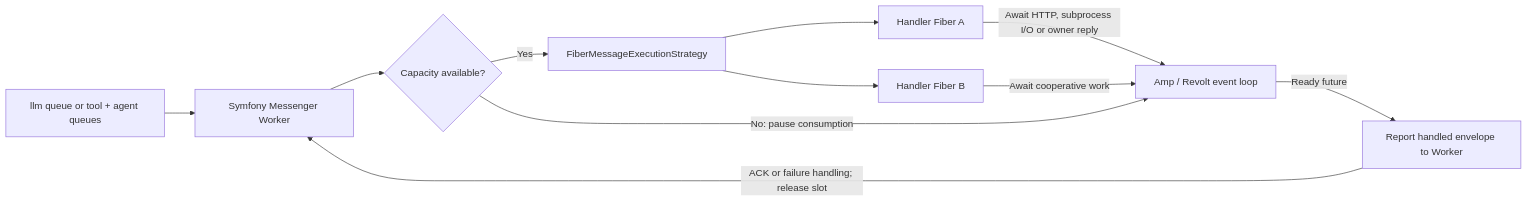
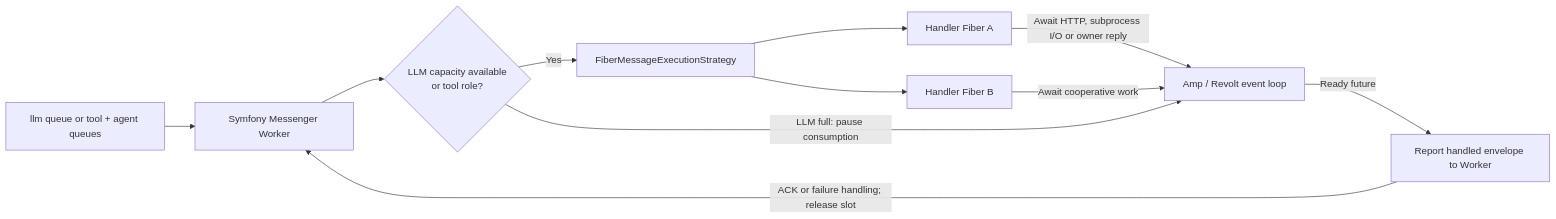
The third of 7 diagrams in architecture/processes-and-queues.md (ineersa/agent-core), drawn with Mermaid before and after one commit. The commit also changed other lines of this file and 11 other files, not shown here.

Commit message:
Remove shared tool worker admission cap

````diff
--- a/architecture/processes-and-queues.md
+++ b/architecture/processes-and-queues.md
@@ -113,13 +113,13 @@
 ```mermaid
 flowchart LR
     Queue["llm queue or tool + agent queues"] --> Worker[Symfony Messenger Worker]
-    Worker --> Capacity{Capacity available?}
+    Worker --> Capacity{LLM capacity available<br/>or tool role?}
     Capacity -->|Yes| Strategy[FiberMessageExecutionStrategy]
     Strategy --> A[Handler Fiber A]
     Strategy --> B[Handler Fiber B]
     A -->|Await HTTP, subprocess I/O or owner reply| Loop[Amp / Revolt event loop]
     B -->|Await cooperative work| Loop
-    Capacity -->|No: pause consumption| Loop
+    Capacity -->|LLM full: pause consumption| Loop
     Loop -->|Ready future| Settle[Report handled envelope to Worker]
     Settle -->|ACK or failure handling; release slot| Worker
 ```
````
